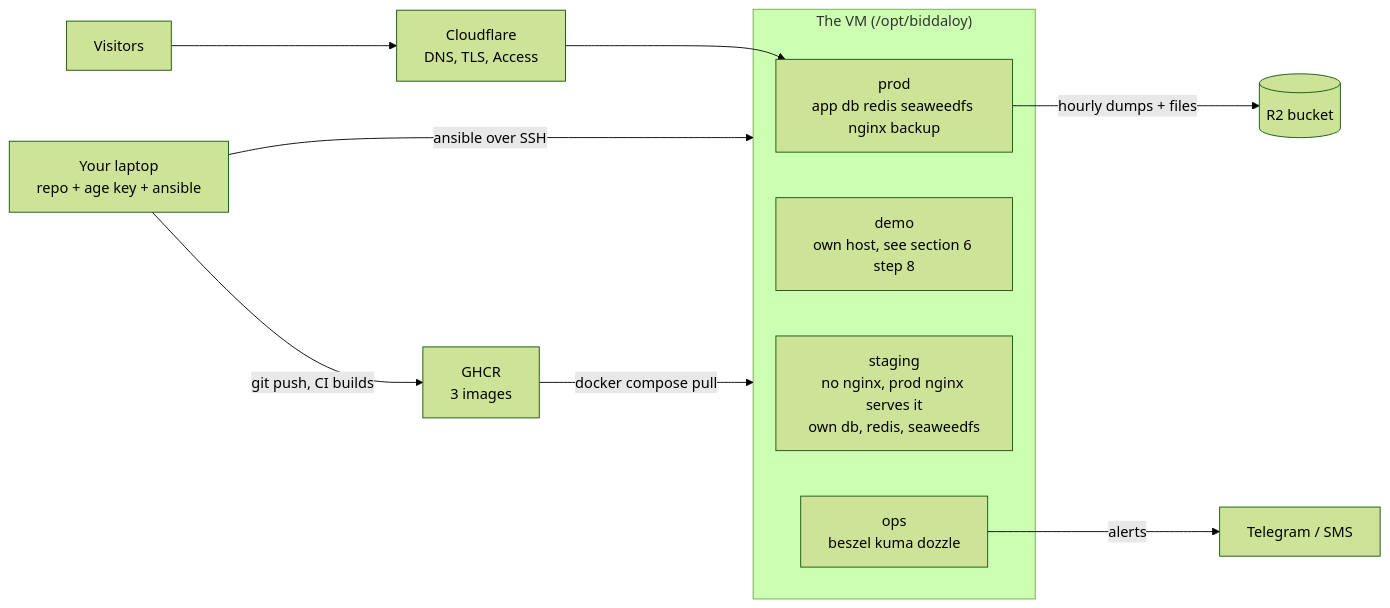
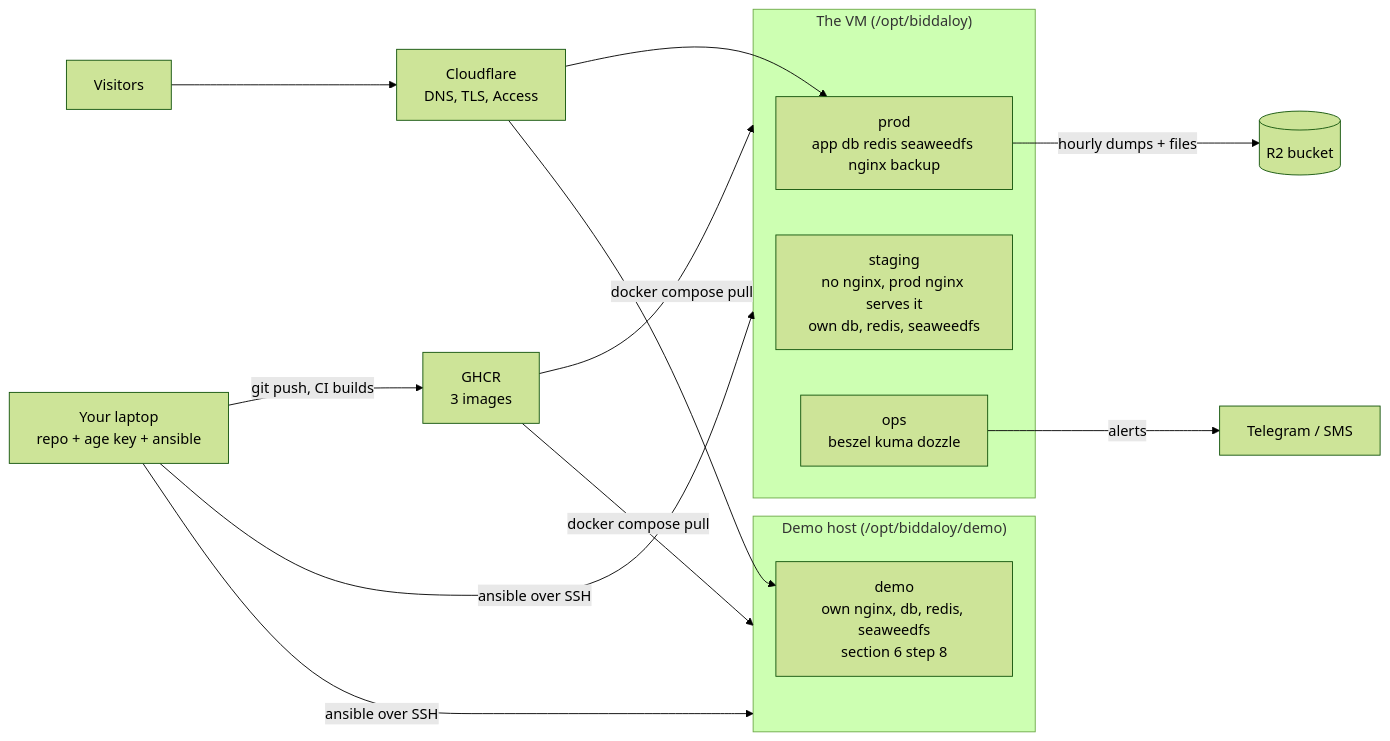
The first of 12 diagrams in docs/architecture/28-platform-runbook.md (tareq89/biddaloy), drawn with Mermaid (forest theme) before and after one commit. The commit also changed other lines of this file and 4 other files, not shown here.

First line of the commit message:
docs(runbook): fix PR #2743 review - secrets from checkout, demo own host, move-VM restore, safe alert tests

````diff
--- a/docs/architecture/28-platform-runbook.md
+++ b/docs/architecture/28-platform-runbook.md
@@ -25,15 +25,20 @@
 ```mermaid
 flowchart LR
   L["Your laptop<br/>repo + age key + ansible"] -->|"git push, CI builds"| G["GHCR<br/>3 images"]
   L -->|"ansible over SSH"| VM
+  L -->|"ansible over SSH"| DH
   subgraph VM["The VM (/opt/biddaloy)"]
     P["prod<br/>app db redis seaweedfs nginx backup"]
-    D["demo<br/>own host, see section 6 step 8"]
     S["staging<br/>no nginx, prod nginx serves it<br/>own db, redis, seaweedfs"]
     O["ops<br/>beszel kuma dozzle"]
   end
+  subgraph DH["Demo host (/opt/biddaloy/demo)"]
+    D["demo<br/>own nginx, db, redis, seaweedfs<br/>section 6 step 8"]
+  end
   G -->|"docker compose pull"| VM
+  G -->|"docker compose pull"| DH
   U["Visitors"] --> CF["Cloudflare<br/>DNS, TLS, Access"] --> P
+  CF --> D
   P -->|"hourly dumps + files"| R2[("R2 bucket")]
   O -->|"alerts"| T["Telegram / SMS"]
 ```
````
